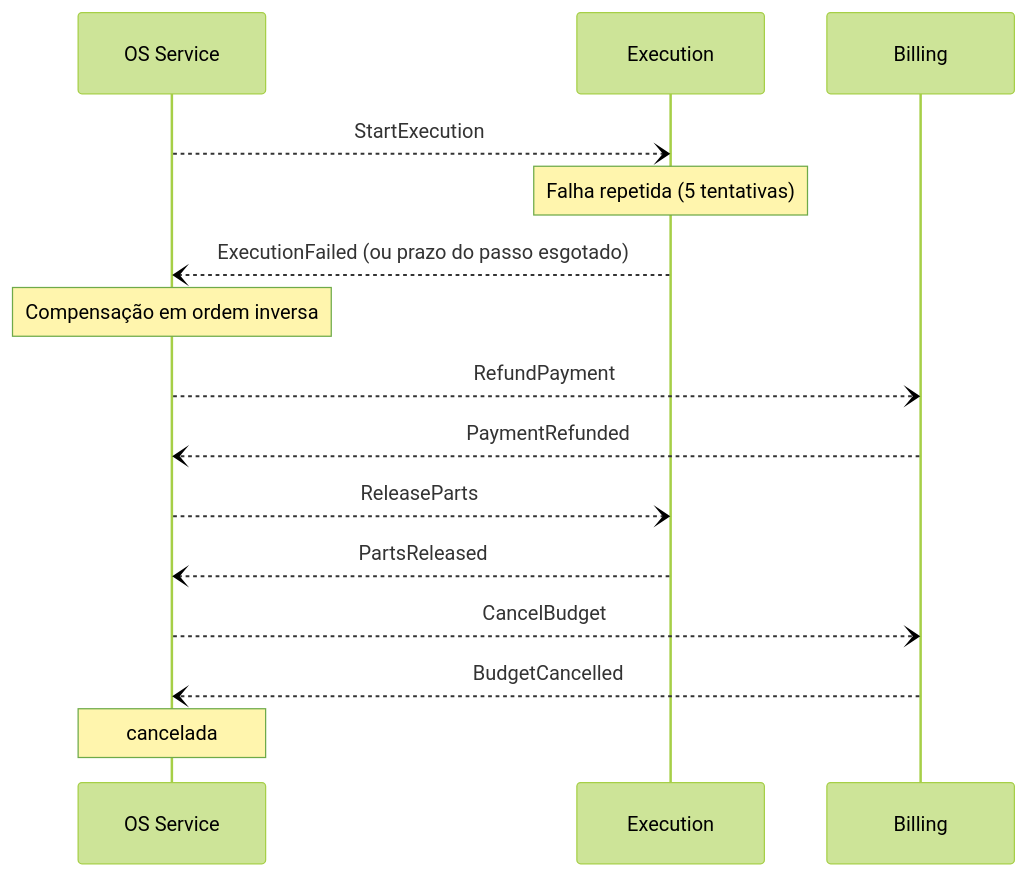
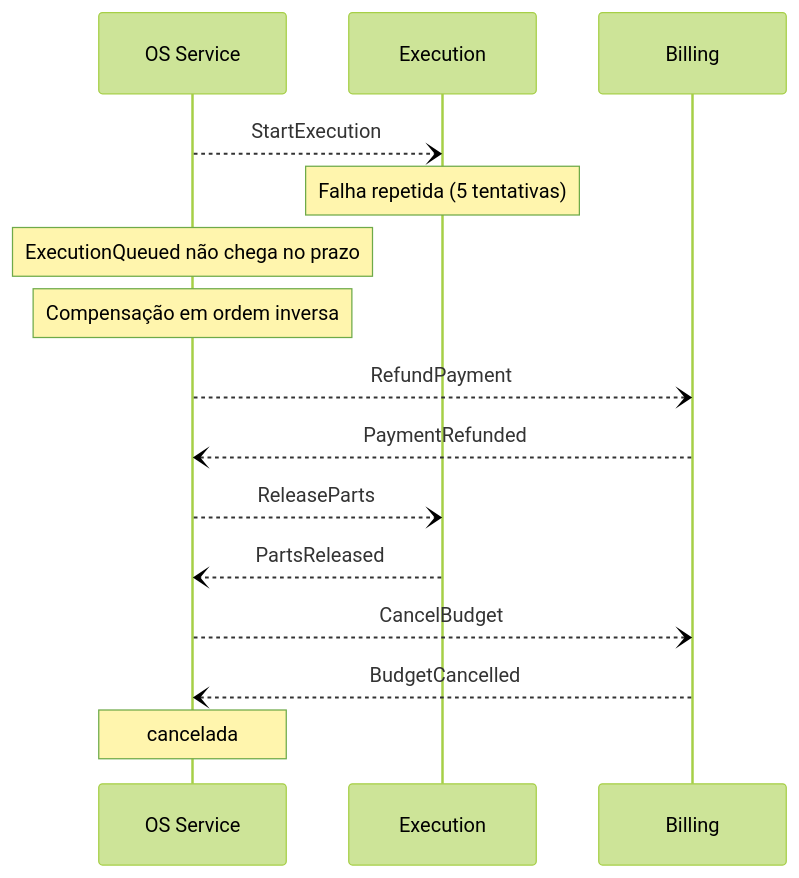
One commit to Jackeline2020/app-autoshop changed the third of 4 diagrams in docs/saga-flow.md. Above: the diagram before and after it, drawn with Mermaid (forest theme). The commit also changed other lines of this file and 3 other files, not shown here.

Commit message:
docs: separa ExecutionQueued de ExecutionStarted e inclui processed_messages

````diff
--- a/docs/saga-flow.md
+++ b/docs/saga-flow.md
@@ -92,18 +95,18 @@
 ```mermaid
 sequenceDiagram
     participant OS as OS Service
     participant EX as Execution
     participant BI as Billing
 
     OS--)EX: StartExecution
     Note over EX: Falha repetida (5 tentativas)
-    EX--)OS: ExecutionFailed (ou prazo do passo esgotado)
+    Note over OS: ExecutionQueued não chega no prazo
     Note over OS: Compensação em ordem inversa
     OS--)BI: RefundPayment
     BI--)OS: PaymentRefunded
     OS--)EX: ReleaseParts
     EX--)OS: PartsReleased
     OS--)BI: CancelBudget
     BI--)OS: BudgetCancelled
     Note over OS: cancelada
 ```
````
